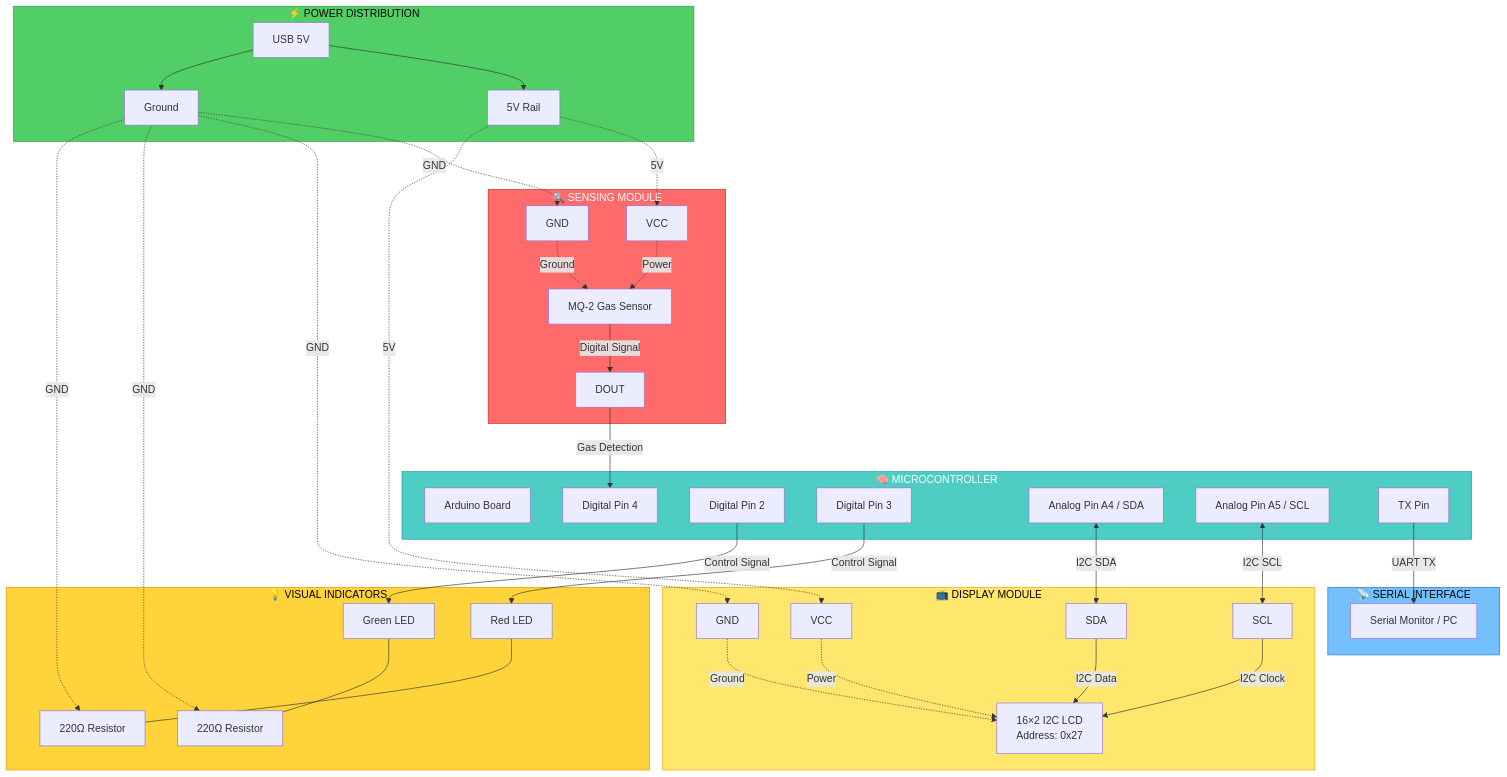
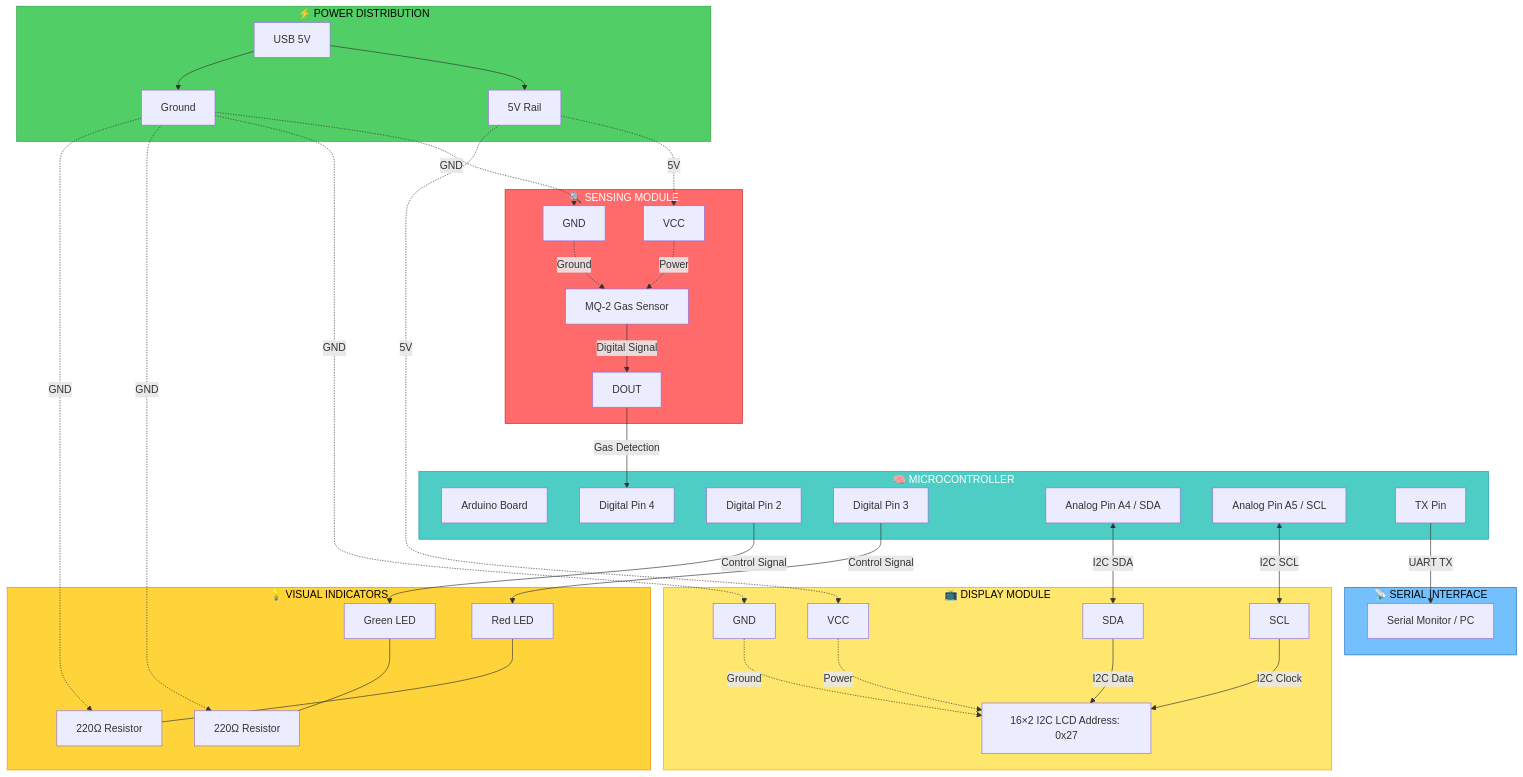
The second of 14 diagrams in BLOCK-DIAGRAM.md (kelvinmwega/gas-leak-detection), drawn with Mermaid before and after one commit. The commit also changed other lines of this file, not shown here.

Commit message:
block diagrams updated

````diff
--- a/BLOCK-DIAGRAM.md
+++ b/BLOCK-DIAGRAM.md
@@ -45,82 +45,82 @@
 ```mermaid
 graph TB
   subgraph Power["⚡ POWER DISTRIBUTION"]
     USB[USB 5V]
     VCC[5V Rail]
     GND[Ground]
 
     USB --> VCC
     USB --> GND
   end
 
   subgraph Sensing["🔍 SENSING MODULE"]
     MQ2[MQ-2 Gas Sensor]
     MQ2_VCC[VCC]
     MQ2_GND[GND]
     MQ2_DOUT[DOUT]
 
     MQ2_VCC -.->|Power| MQ2
     MQ2_GND -.->|Ground| MQ2
     MQ2 -->|Digital Signal| MQ2_DOUT
   end
 
   subgraph MCU["🧠 MICROCONTROLLER"]
     Arduino[Arduino Board]
     Pin4[Digital Pin 4]
     Pin2[Digital Pin 2]
     Pin3[Digital Pin 3]
     A4[Analog Pin A4 / SDA]
     A5[Analog Pin A5 / SCL]
     TX[TX Pin]
   end
 
   subgraph Display["📺 DISPLAY MODULE"]
-    LCD[16×2 I2C LCD\nAddress: 0x27]
+    LCD[16×2 I2C LCD Address: 0x27]
     LCD_SDA[SDA]
     LCD_SCL[SCL]
     LCD_VCC[VCC]
     LCD_GND[GND]
 
     LCD_SDA -->|I2C Data| LCD
     LCD_SCL -->|I2C Clock| LCD
     LCD_VCC -.->|Power| LCD
     LCD_GND -.->|Ground| LCD
   end
 
   subgraph Indicators["💡 VISUAL INDICATORS"]
     GreenLED[Green LED]
     R1[220Ω Resistor]
     RedLED[Red LED]
     R2[220Ω Resistor]
 
     GreenLED --- R1
     RedLED --- R2
   end
 
   subgraph Communication["📡 SERIAL INTERFACE"]
     SerialPort[Serial Monitor / PC]
   end
 
   %% Power connections
   VCC -.->|5V| MQ2_VCC
   VCC -.->|5V| LCD_VCC
   GND -.->|GND| MQ2_GND
   GND -.->|GND| LCD_GND
   GND -.->|GND| R1
   GND -.->|GND| R2
 
   %% Signal connections
   MQ2_DOUT -->|Gas Detection| Pin4
   Pin2 -->|Control Signal| GreenLED
   Pin3 -->|Control Signal| RedLED
   A4 <-->|I2C SDA| LCD_SDA
   A5 <-->|I2C SCL| LCD_SCL
   TX -->|UART TX| SerialPort
 
   style Power fill:#51cf66,stroke:#2f9e44,color:#000
   style Sensing fill:#ff6b6b,stroke:#c92a2a,color:#fff
   style MCU fill:#4ecdc4,stroke:#1098ad,color:#fff
   style Display fill:#ffe66d,stroke:#f59f00,color:#000
   style Indicators fill:#ffd43b,stroke:#f08c00,color:#000
   style Communication fill:#74c0fc,stroke:#1971c2,color:#000
 ```
````
